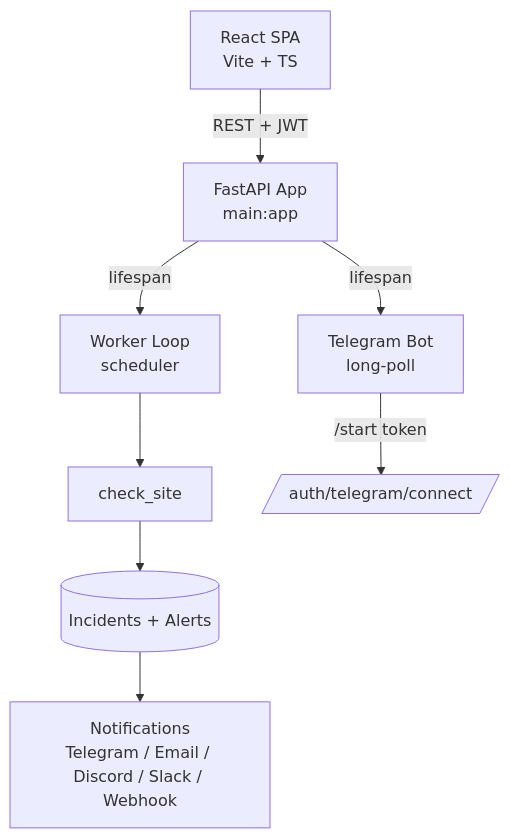
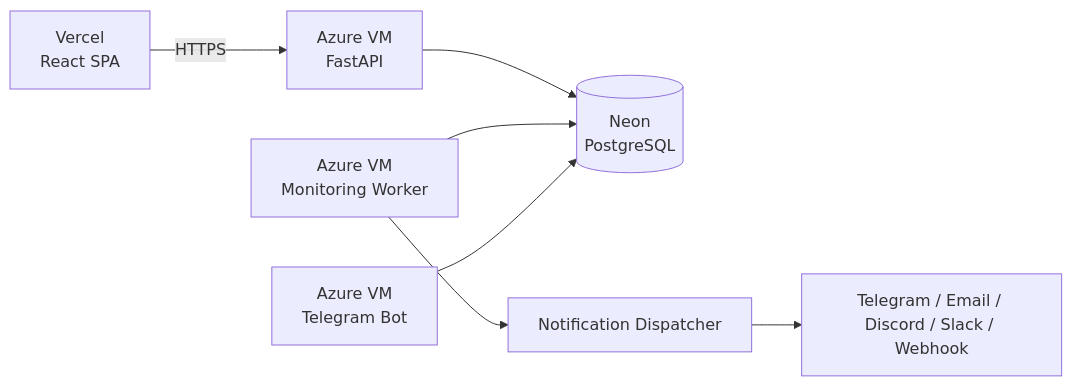
One commit to Robibiruk/PulseWatch changed the diagram in README.md. Above: the diagram before and after it, drawn with Mermaid. The commit also changed other lines of this file, not shown here.

Commit message:
Update README for Azure VM self-hosted deployment

````diff
--- a/README.md
+++ b/README.md
@@ -171,10 +94,9 @@
 ```mermaid
-graph TD
-    A[React SPA<br/>Vite + TS] -->|REST + JWT| B[FastAPI App<br/>main:app]
-    B -->|lifespan| C[Worker Loop<br/>scheduler]
-    B -->|lifespan| D[Telegram Bot<br/>long-poll]
-    C --> E[check_site]
-    E --> F[(Incidents + Alerts)]
-    D -->|/start token| G[/auth/telegram/connect/]
-    F --> H[Notifications<br/>Telegram / Email / Discord / Slack / Webhook]
+graph LR
+    FE[Vercel<br/>React SPA] -->|HTTPS| API[Azure VM<br/>FastAPI]
+    API --> DB[(Neon<br/>PostgreSQL)]
+    Worker[Azure VM<br/>Monitoring Worker] --> DB
+    Bot[Azure VM<br/>Telegram Bot] --> DB
+    Worker --> Notify[Notification Dispatcher]
+    Notify --> Channels[Telegram / Email / Discord / Slack / Webhook]
 ```
````
